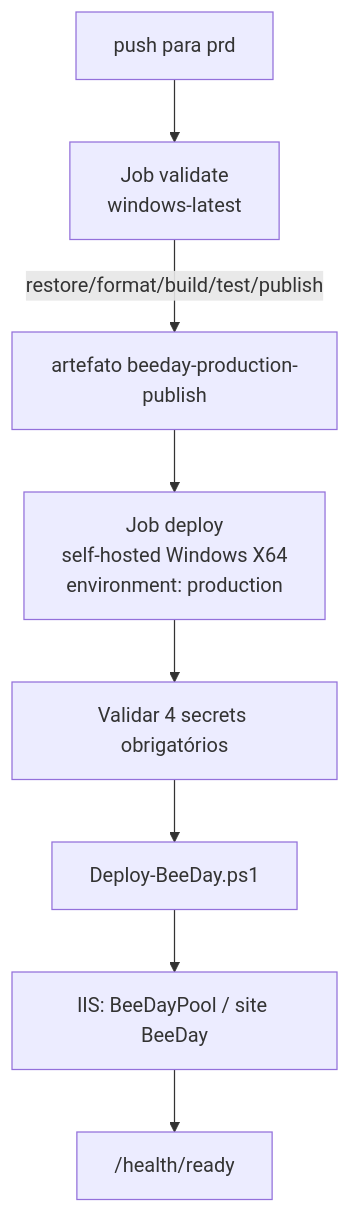
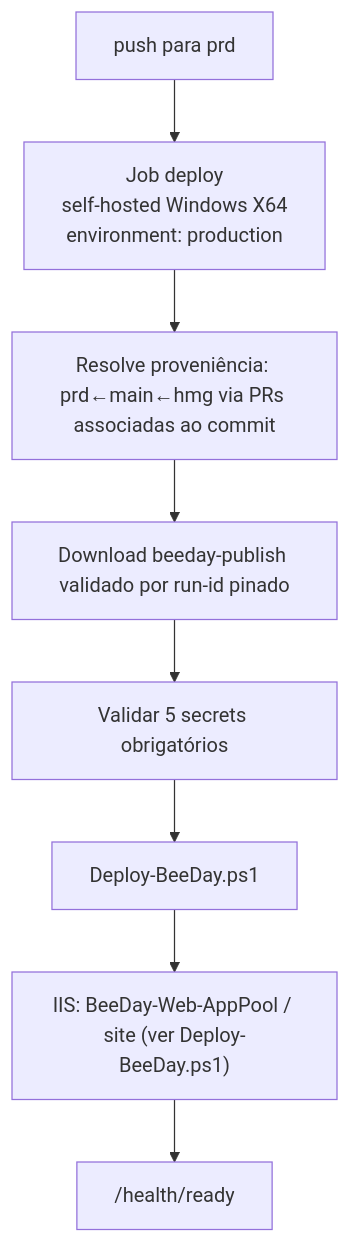
Before and after one commit to DS-Asyst/BeeDay: the diagram in docs/architecture/08-deployment-architecture.md, drawn with Mermaid. The commit also changed other lines of this file and 3 other files, not shown here.

````diff
--- a/docs/architecture/08-deployment-architecture.md
+++ b/docs/architecture/08-deployment-architecture.md
@@ -23,10 +41,10 @@
 ```mermaid
 flowchart TD
-    A[push para prd] --> B["Job validate<br/>windows-latest"]
-    B -->|restore/format/build/test/publish| C[artefato beeday-production-publish]
-    C --> D["Job deploy<br/>self-hosted Windows X64<br/>environment: production"]
-    D --> E[Validar 4 secrets obrigatórios]
+    A[push para prd] --> B["Job deploy<br/>self-hosted Windows X64<br/>environment: production"]
+    B --> C[Resolve proveniência: prd←main←hmg via PRs associadas ao commit]
+    C --> D[Download beeday-publish validado por run-id pinado]
+    D --> E[Validar 5 secrets obrigatórios]
     E --> F[Deploy-BeeDay.ps1]
-    F --> G[IIS: BeeDayPool / site BeeDay]
+    F --> G["IIS: BeeDay-Web-AppPool / site (ver Deploy-BeeDay.ps1)"]
     G --> H["/health/ready"]
 ```
````
